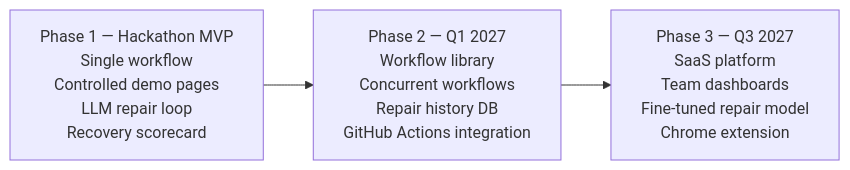
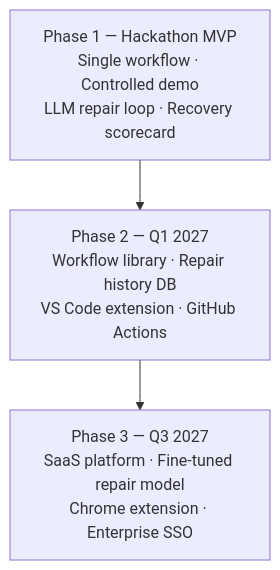
One commit to dhruvt293/webmender-ai changed the fourth of 4 diagrams in README.md. Above: the diagram before and after it, drawn with Mermaid. The commit also changed other lines of this file, not shown here.

Commit message:
docs: swap SVG for emojis, compact Mermaid diagrams TD layout

````diff
--- a/README.md
+++ b/README.md
@@ -328,8 +311,7 @@
 ```mermaid
-flowchart LR
-    P1["Phase 1 — Hackathon MVP\nSingle workflow\nControlled demo pages\nLLM repair loop\nRecovery scorecard"]
-    P2["Phase 2 — Q1 2027\nWorkflow library\nConcurrent workflows\nRepair history DB\nGitHub Actions integration"]
-    P3["Phase 3 — Q3 2027\nSaaS platform\nTeam dashboards\nFine-tuned repair model\nChrome extension"]
-
+flowchart TD
+    P1["Phase 1 — Hackathon MVP\nSingle workflow · Controlled demo\nLLM repair loop · Recovery scorecard"]
+    P2["Phase 2 — Q1 2027\nWorkflow library · Repair history DB\nVS Code extension · GitHub Actions"]
+    P3["Phase 3 — Q3 2027\nSaaS platform · Fine-tuned repair model\nChrome extension · Enterprise SSO"]
     P1 --> P2 --> P3
 ```
````
